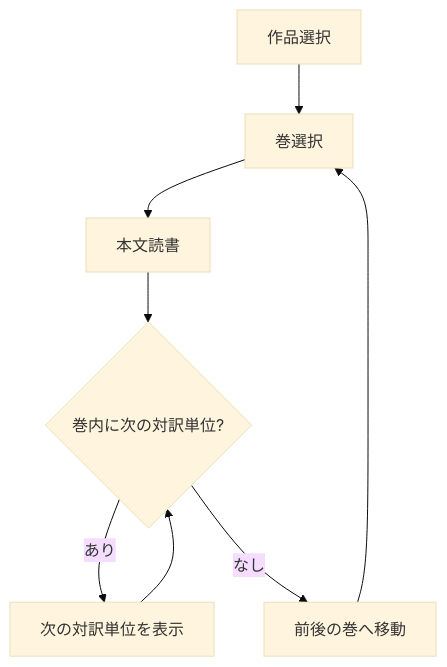
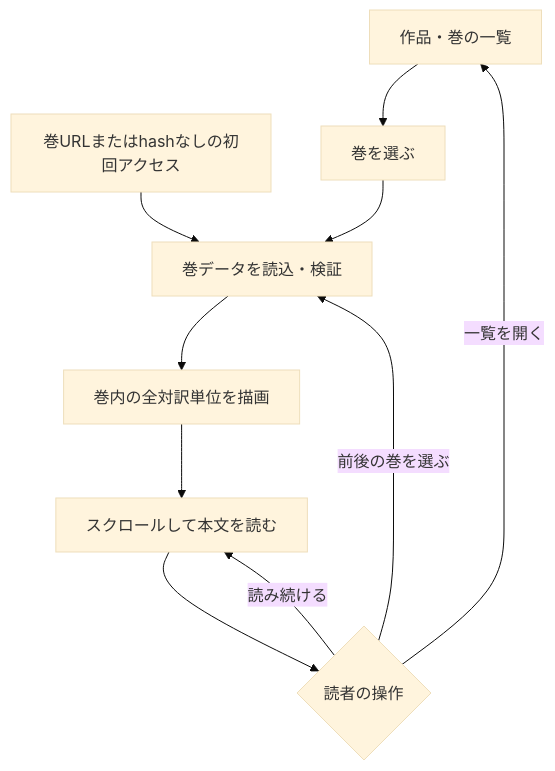
One commit to hogehonya/homer-reader changed the first of 8 diagrams in FLOW.md. Above: the diagram before and after it, drawn with Mermaid (base theme). The commit also changed other lines of this file and 4 other files, not shown here.

````diff
--- a/FLOW.md
+++ b/FLOW.md
@@ -9,10 +9,12 @@
 ```mermaid
 flowchart TD
-    A[作品選択] --> B[巻選択]
-    B --> C[本文読書]
-    C --> D{巻内に次の対訳単位?}
-    D -->|あり| E[次の対訳単位を表示]
-    E --> D
-    D -->|なし| F[前後の巻へ移動]
-    F --> B
+    A[作品・巻の一覧] --> B[巻を選ぶ]
+    U[巻URLまたはhashなしの初回アクセス] --> C[巻データを読込・検証]
+    B --> C
+    C --> D[巻内の全対訳単位を描画]
+    D --> E[スクロールして本文を読む]
+    E --> F{読者の操作}
+    F -->|読み続ける| E
+    F -->|前後の巻を選ぶ| C
+    F -->|一覧を開く| A
 ```
````
